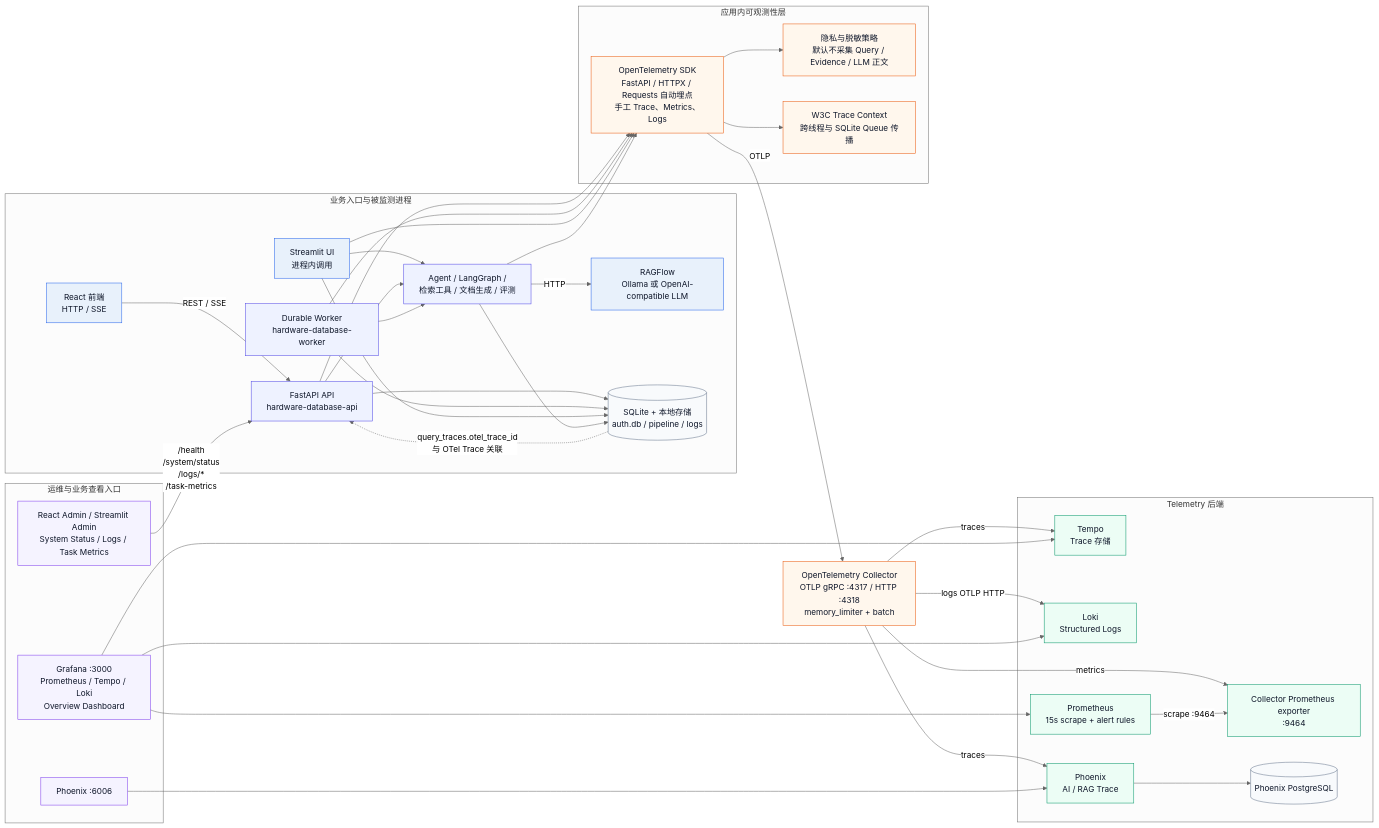
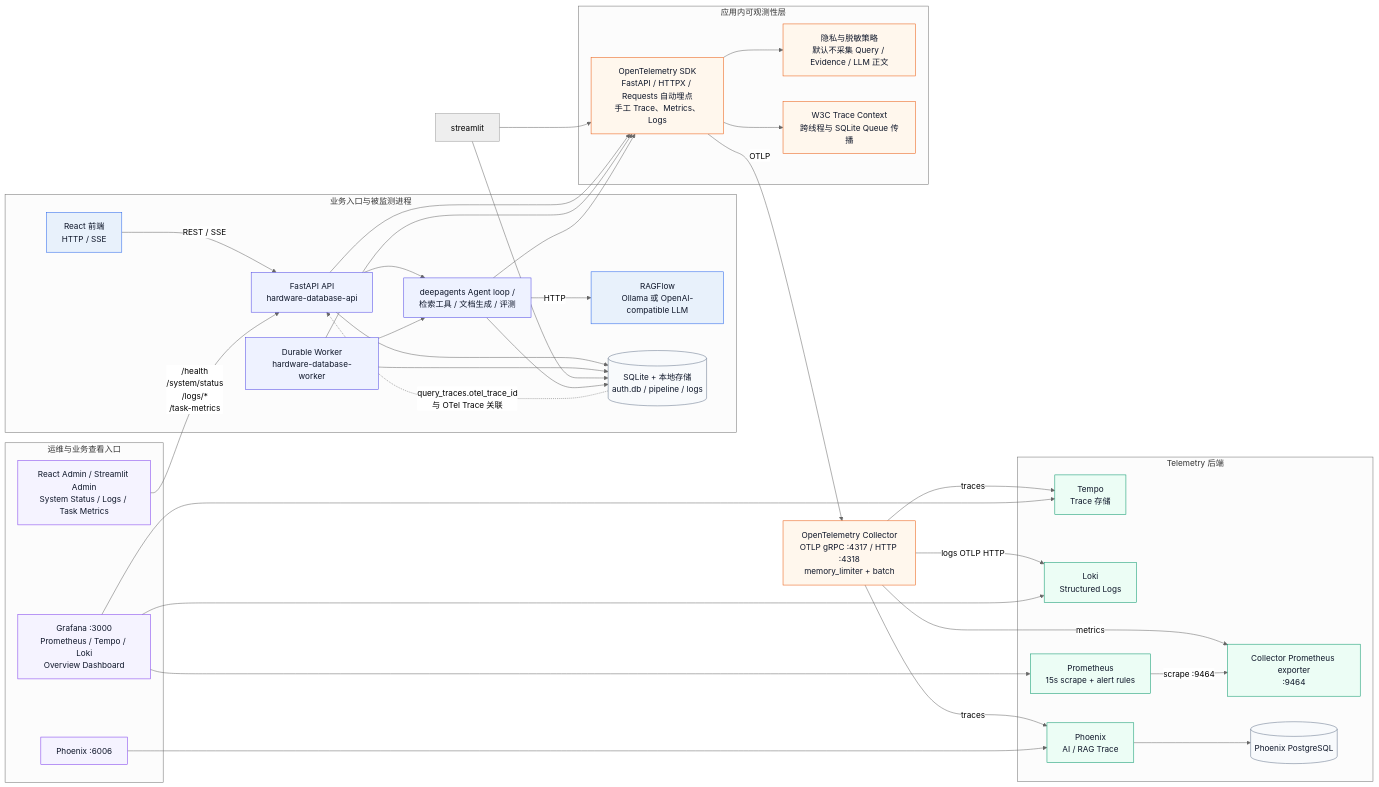
Before and after one commit to ZuyangYu/Hardware-DataBase: the diagram in deploy/observability/current-architecture.md, drawn with Mermaid (neutral theme). The commit also changed 110 other files, not shown here.

````diff
--- a/deploy/observability/current-architecture.md
+++ b/deploy/observability/current-architecture.md
@@ -7,74 +7,72 @@
 ```mermaid
 flowchart LR
     classDef workload fill:#E8F1FB,stroke:#2563EB,color:#0F172A
     classDef app fill:#EEF2FF,stroke:#4F46E5,color:#0F172A
     classDef telemetry fill:#FFF7ED,stroke:#EA580C,color:#0F172A
     classDef backend fill:#ECFDF5,stroke:#059669,color:#0F172A
     classDef ui fill:#F5F3FF,stroke:#7C3AED,color:#0F172A
     classDef store fill:#F8FAFC,stroke:#64748B,color:#0F172A
 
     subgraph workload[业务入口与被监测进程]
         react["React 前端<br/>HTTP / SSE"]:::workload
-        streamlit["Streamlit UI<br/>进程内调用"]:::workload
         api["FastAPI API<br/>hardware-database-api"]:::app
         worker["Durable Worker<br/>hardware-database-worker"]:::app
-        domain["Agent / LangGraph /<br/>检索工具 / 文档生成 / 评测"]:::app
+        domain["deepagents Agent loop /<br/>检索工具 / 文档生成 / 评测"]:::app
         deps["RAGFlow<br/>Ollama 或 OpenAI-compatible LLM"]:::workload
         business[("SQLite + 本地存储<br/>auth.db / pipeline / logs")]:::store
     end
 
     react -->|REST / SSE| api
-    streamlit --> domain
     api --> domain
     worker --> domain
     domain -->|HTTP| deps
     api --> business
     worker --> business
     streamlit --> business
     domain --> business
 
     subgraph sdk[应用内可观测性层]
         otel["OpenTelemetry SDK<br/>FastAPI / HTTPX / Requests 自动埋点<br/>手工 Trace、Metrics、Logs"]:::telemetry
         privacy["隐私与脱敏策略<br/>默认不采集 Query / Evidence / LLM 正文"]:::telemetry
         context["W3C Trace Context<br/>跨线程与 SQLite Queue 传播"]:::telemetry
     end
 
     api --> otel
     worker --> otel
     streamlit --> otel
     domain --> otel
     otel --> privacy
     otel --> context
 
     collector["OpenTelemetry Collector<br/>OTLP gRPC :4317 / HTTP :4318<br/>memory_limiter + batch"]:::telemetry
     otel -->|OTLP| collector
 
     subgraph backends[Telemetry 后端]
         tempo["Tempo<br/>Trace 存储"]:::backend
         promexp["Collector Prometheus exporter<br/>:9464"]:::backend
         loki["Loki<br/>Structured Logs"]:::backend
         phoenix["Phoenix<br/>AI / RAG Trace"]:::backend
         phoenixdb[(Phoenix PostgreSQL)]:::store
         prometheus["Prometheus<br/>15s scrape + alert rules"]:::backend
     end
 
     collector -->|traces| tempo
     collector -->|traces| phoenix
     collector -->|metrics| promexp
     collector -->|logs OTLP HTTP| loki
     prometheus -->|scrape :9464| promexp
     phoenix --> phoenixdb
 
     subgraph views[运维与业务查看入口]
         grafana["Grafana :3000<br/>Prometheus / Tempo / Loki<br/>Overview Dashboard"]:::ui
         phoenixui[Phoenix :6006]:::ui
         admin["React Admin / Streamlit Admin<br/>System Status / Logs / Task Metrics"]:::ui
     end
 
     grafana --> prometheus
     grafana --> tempo
     grafana --> loki
     phoenixui --> phoenix
     admin -->|/health<br/>/system/status<br/>/logs/*<br/>/task-metrics| api
     business -.->|query_traces.otel_trace_id<br/>与 OTel Trace 关联| api
 ```
````
